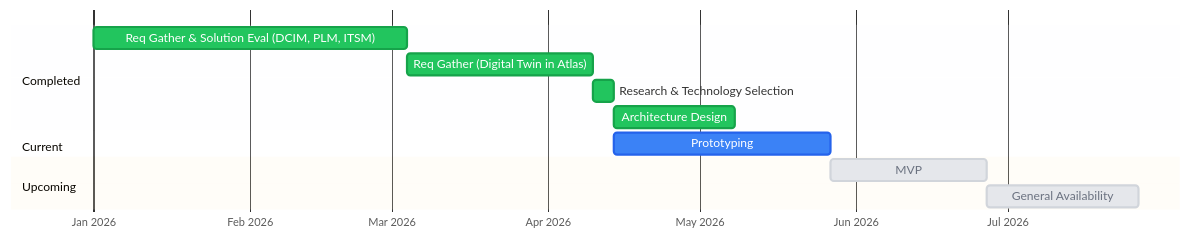
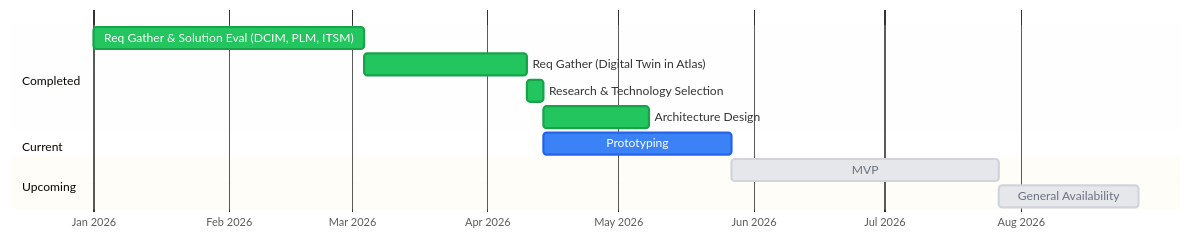
Before and after one commit to danieldn-aramada/orbital: the diagram in ROADMAP.md, drawn with Mermaid. The commit also changed other lines of this file and 54 other files, not shown here.

````diff
--- a/ROADMAP.md
+++ b/ROADMAP.md
@@ -5,19 +5,19 @@
 ```mermaid
 %%{init: {'theme': 'base', 'themeVariables': {'doneTaskBkgColor': '#22c55e', 'doneTaskBorderColor': '#16a34a', 'activeTaskBkgColor': '#3b82f6', 'activeTaskBorderColor': '#2563eb', 'taskBkgColor': '#e5e7eb', 'taskBorderColor': '#d1d5db', 'taskTextColor': '#6b7280', 'taskTextDarkColor': '#fff'}}}%%
 gantt
     dateFormat YYYY-MM-DD
     axisFormat %b %Y
 
     Section Completed
     Req Gather & Solution Eval (DCIM, PLM, ITSM)    :done, 2026-01-01, 2026-03-04
     Req Gather (Digital Twin in Atlas)              :done, 2026-03-04, 2026-04-10
     Research & Technology Selection                 :done, 2026-04-10, 2026-04-14
     Architecture Design                             :done, 2026-04-14, 2026-05-08
 
     Section Current
     Prototyping                   :active, 2026-04-14, 2026-05-27
 
     Section Upcoming
-    MVP                           :2026-05-27, 2026-06-27
-    General Availability          :2026-06-27, 2026-07-27
+    MVP                           :2026-05-27, 2026-07-27
+    General Availability          :2026-07-27, 2026-08-28
 ```
````
